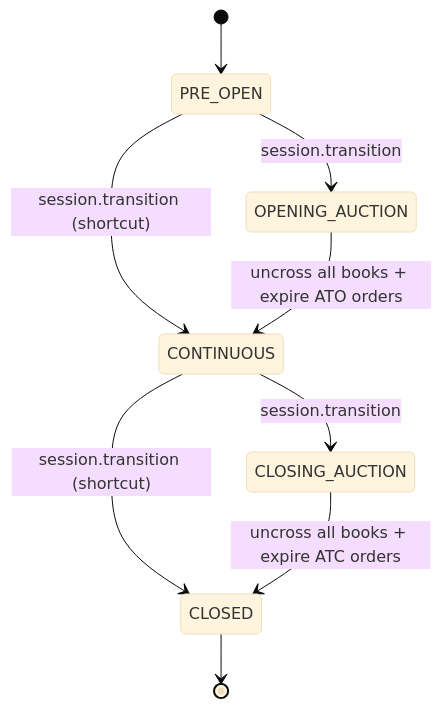
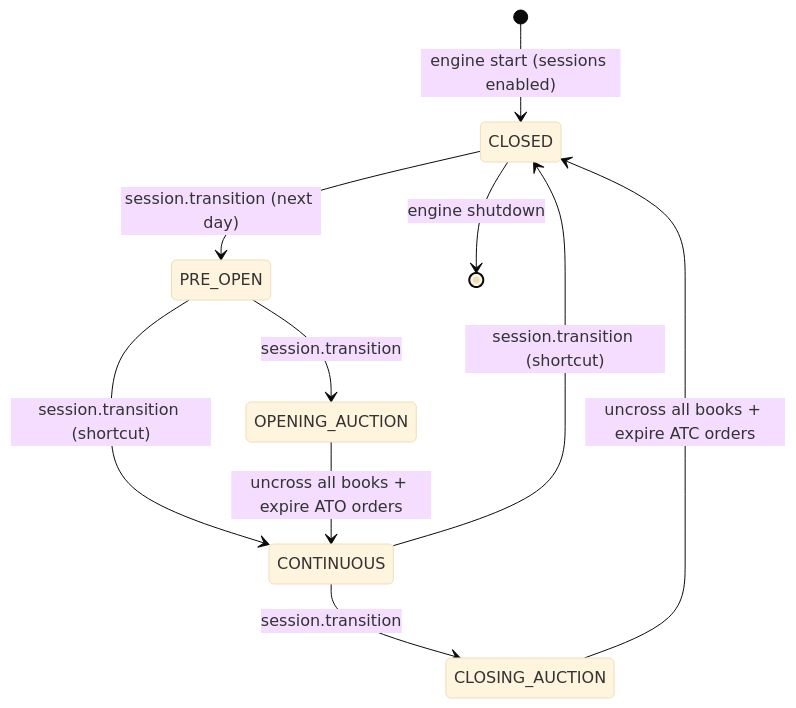
The fifth of 8 diagrams in docs/books/architecture-and-development/part-1-architecture/010-architecture-overview.md (johan162/EduMatcher), drawn with Mermaid (base theme) before and after one commit. The commit also changed other lines of this file and 71 other files, not shown here.

````diff
--- a/docs/books/architecture-and-development/part-1-architecture/010-architecture-overview.md
+++ b/docs/books/architecture-and-development/part-1-architecture/010-architecture-overview.md
@@ -1049,11 +1049,12 @@
 ```mermaid
 stateDiagram-v2
-    [*] --> PRE_OPEN
+    [*] --> CLOSED : engine start (sessions enabled)
+    CLOSED --> PRE_OPEN : session.transition (next day)
     PRE_OPEN --> OPENING_AUCTION : session.transition
     PRE_OPEN --> CONTINUOUS : session.transition (shortcut)
     OPENING_AUCTION --> CONTINUOUS : uncross all books + expire ATO orders
     CONTINUOUS --> CLOSING_AUCTION : session.transition
     CONTINUOUS --> CLOSED : session.transition (shortcut)
     CLOSING_AUCTION --> CLOSED : uncross all books + expire ATC orders
-    CLOSED --> [*]
+    CLOSED --> [*] : engine shutdown
 ```
````
